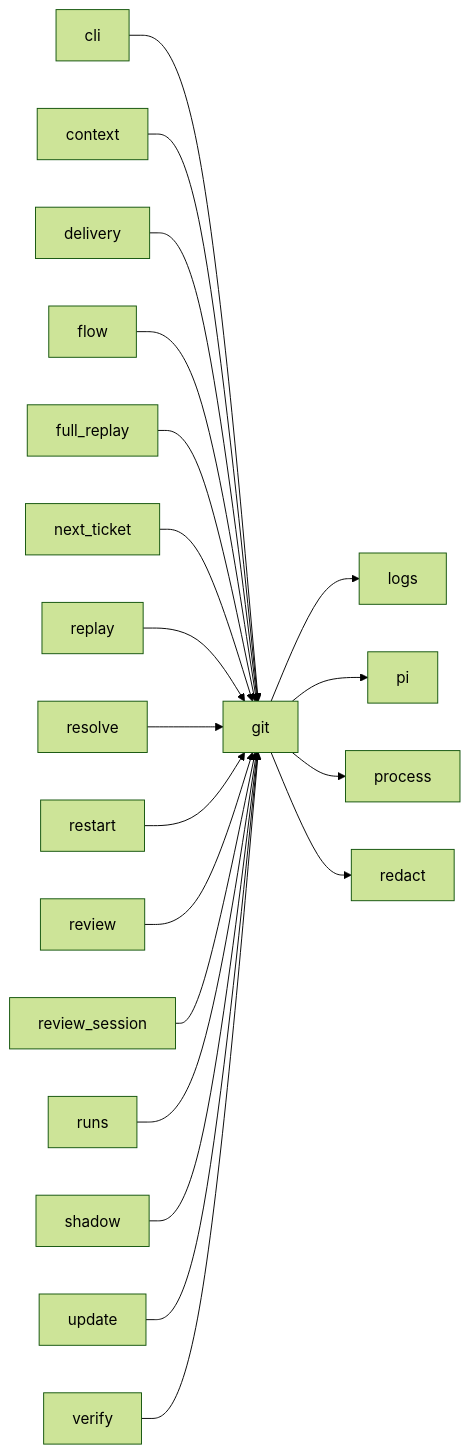
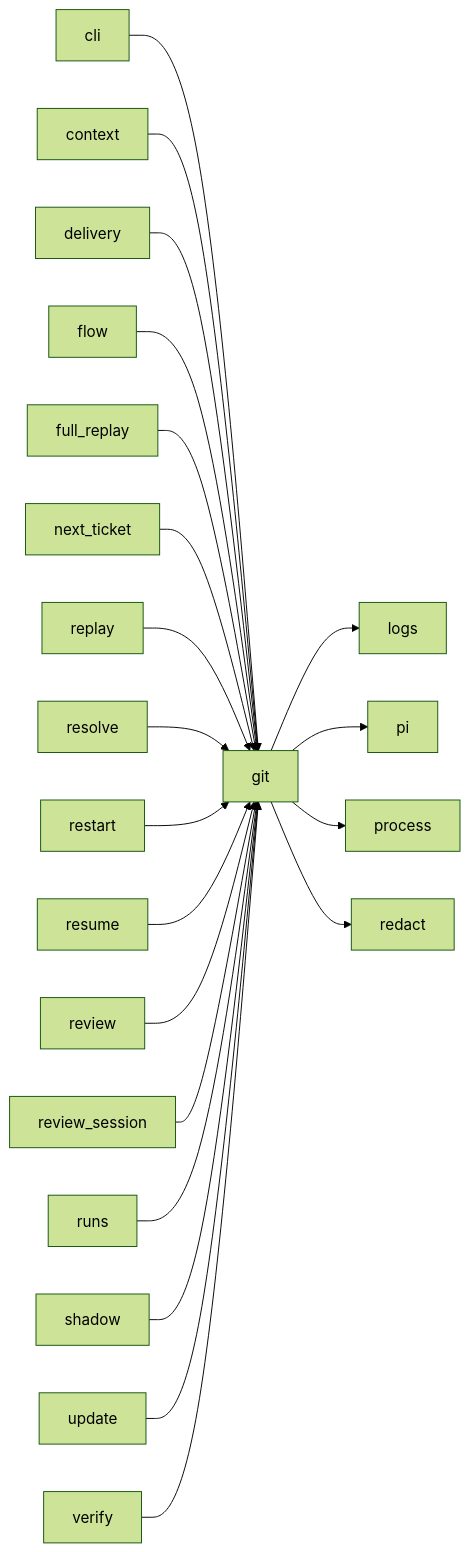
The third of 3 diagrams in docs/architecture/modules/git.md (plaplanche/ariane), drawn with Mermaid (forest theme) before and after one commit. The commit also changed 43 other files, not shown here.

````diff
--- a/docs/architecture/modules/git.md
+++ b/docs/architecture/modules/git.md
@@ -164,22 +164,23 @@
 ```mermaid
 flowchart LR
   cli --> git
   context --> git
   delivery --> git
   flow --> git
   full_replay --> git
   git --> logs
   git --> pi
   git --> process
   git --> redact
   next_ticket --> git
   replay --> git
   resolve --> git
   restart --> git
+  resume --> git
   review --> git
   review_session --> git
   runs --> git
   shadow --> git
   update --> git
   verify --> git
 ```
````
